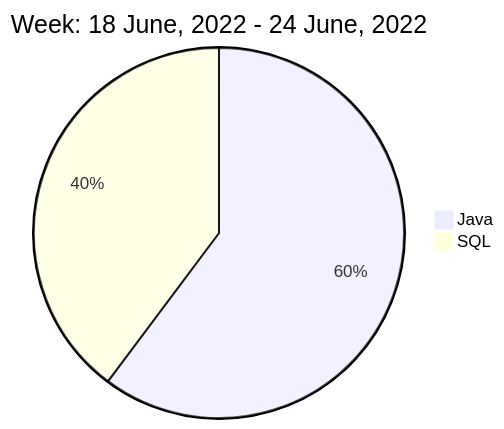
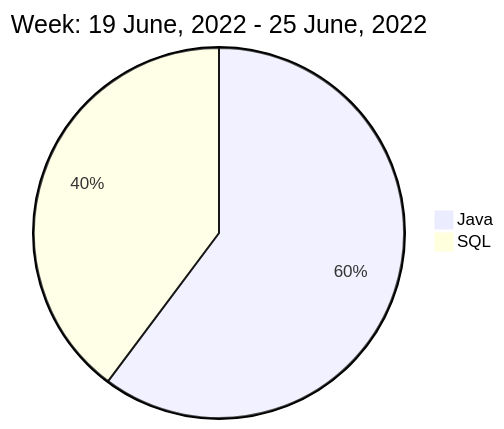
One commit to liubin95/liubin95 changed the diagram in README.md. Above: the diagram before and after it, drawn with Mermaid.

Commit message:
Updated the Graph with new Metrics

````diff
--- a/README.md
+++ b/README.md
@@ -40,6 +40,6 @@
 ```mermaid
  pie
-title Week: 18 June, 2022 - 24 June, 2022
+title Week: 19 June, 2022 - 25 June, 2022
  "Java" : 6.92
  "SQL" : 4.57
 ```
````
